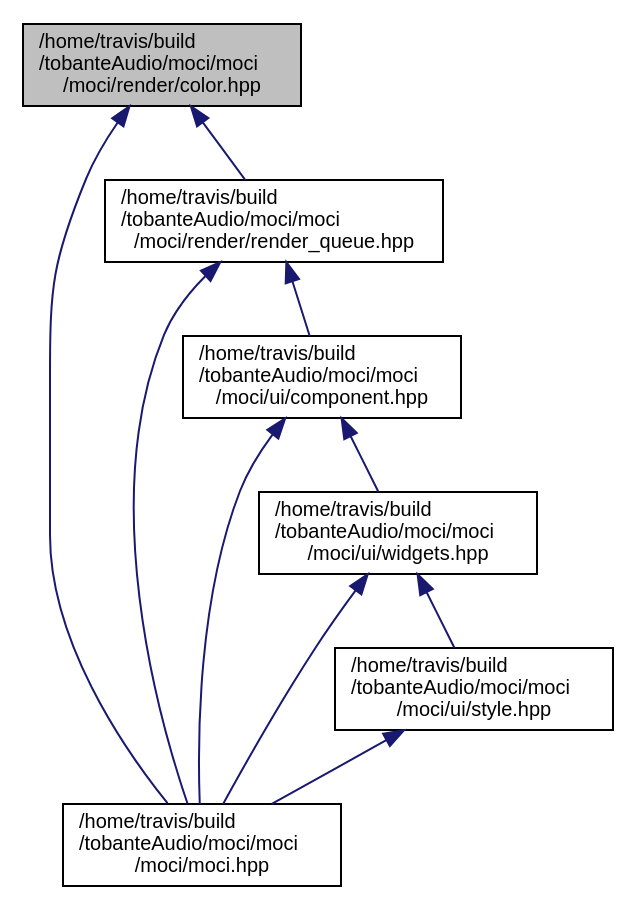
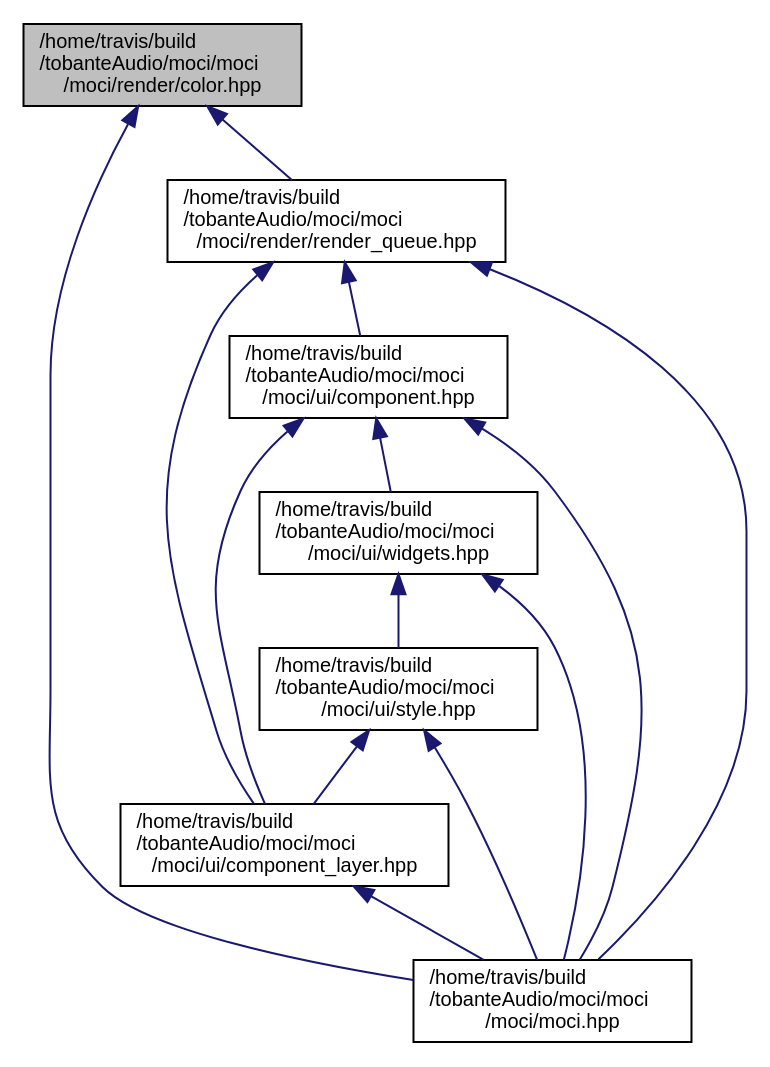
Before and after one commit to tobanteAudio/moci: the diagram in color_8hpp__dep__incl.dot, drawn with Graphviz. The commit also changed 93 other files, not shown here.

Commit message:
Deploy tobanteAudio/moci to github.com/tobanteAudio/moci.git:gh-pages

```diff
--- a/color_8hpp__dep__incl.dot
+++ b/color_8hpp__dep__incl.dot
@@ -1,20 +1,25 @@
 digraph "/home/travis/build/tobanteAudio/moci/moci/moci/render/color.hpp"
 {
   edge [fontname="Helvetica",fontsize="10",labelfontname="Helvetica",labelfontsize="10"];
   node [fontname="Helvetica",fontsize="10",shape=record];
   Node2 [label="/home/travis/build\l/tobanteAudio/moci/moci\l/moci/render/color.hpp",height=0.2,width=0.4,color="black", fillcolor="grey75", style="filled", fontcolor="black"];
   Node2 -> Node3 [dir="back",color="midnightblue",fontsize="10",style="solid",fontname="Helvetica"];
   Node3 [label="/home/travis/build\l/tobanteAudio/moci/moci\l/moci/moci.hpp",height=0.2,width=0.4,color="black", fillcolor="white", style="filled",URL="$moci_8hpp.html"];
   Node2 -> Node4 [dir="back",color="midnightblue",fontsize="10",style="solid",fontname="Helvetica"];
   Node4 [label="/home/travis/build\l/tobanteAudio/moci/moci\l/moci/render/render_queue.hpp",height=0.2,width=0.4,color="black", fillcolor="white", style="filled",URL="$render__queue_8hpp.html"];
   Node4 -> Node3 [dir="back",color="midnightblue",fontsize="10",style="solid",fontname="Helvetica"];
   Node4 -> Node5 [dir="back",color="midnightblue",fontsize="10",style="solid",fontname="Helvetica"];
   Node5 [label="/home/travis/build\l/tobanteAudio/moci/moci\l/moci/ui/component.hpp",height=0.2,width=0.4,color="black", fillcolor="white", style="filled",URL="$component_8hpp.html"];
   Node5 -> Node3 [dir="back",color="midnightblue",fontsize="10",style="solid",fontname="Helvetica"];
   Node5 -> Node6 [dir="back",color="midnightblue",fontsize="10",style="solid",fontname="Helvetica"];
-  Node6 [label="/home/travis/build\l/tobanteAudio/moci/moci\l/moci/ui/widgets.hpp",height=0.2,width=0.4,color="black", fillcolor="white", style="filled",URL="$widgets_8hpp.html"];
+  Node6 [label="/home/travis/build\l/tobanteAudio/moci/moci\l/moci/ui/component_layer.hpp",height=0.2,width=0.4,color="black", fillcolor="white", style="filled",URL="$component__layer_8hpp.html"];
   Node6 -> Node3 [dir="back",color="midnightblue",fontsize="10",style="solid",fontname="Helvetica"];
-  Node6 -> Node7 [dir="back",color="midnightblue",fontsize="10",style="solid",fontname="Helvetica"];
-  Node7 [label="/home/travis/build\l/tobanteAudio/moci/moci\l/moci/ui/style.hpp",height=0.2,width=0.4,color="black", fillcolor="white", style="filled",URL="$style_8hpp.html"];
+  Node5 -> Node7 [dir="back",color="midnightblue",fontsize="10",style="solid",fontname="Helvetica"];
+  Node7 [label="/home/travis/build\l/tobanteAudio/moci/moci\l/moci/ui/widgets.hpp",height=0.2,width=0.4,color="black", fillcolor="white", style="filled",URL="$widgets_8hpp.html"];
   Node7 -> Node3 [dir="back",color="midnightblue",fontsize="10",style="solid",fontname="Helvetica"];
+  Node7 -> Node8 [dir="back",color="midnightblue",fontsize="10",style="solid",fontname="Helvetica"];
+  Node8 [label="/home/travis/build\l/tobanteAudio/moci/moci\l/moci/ui/style.hpp",height=0.2,width=0.4,color="black", fillcolor="white", style="filled",URL="$style_8hpp.html"];
+  Node8 -> Node3 [dir="back",color="midnightblue",fontsize="10",style="solid",fontname="Helvetica"];
+  Node8 -> Node6 [dir="back",color="midnightblue",fontsize="10",style="solid",fontname="Helvetica"];
+  Node4 -> Node6 [dir="back",color="midnightblue",fontsize="10",style="solid",fontname="Helvetica"];
 }
```
